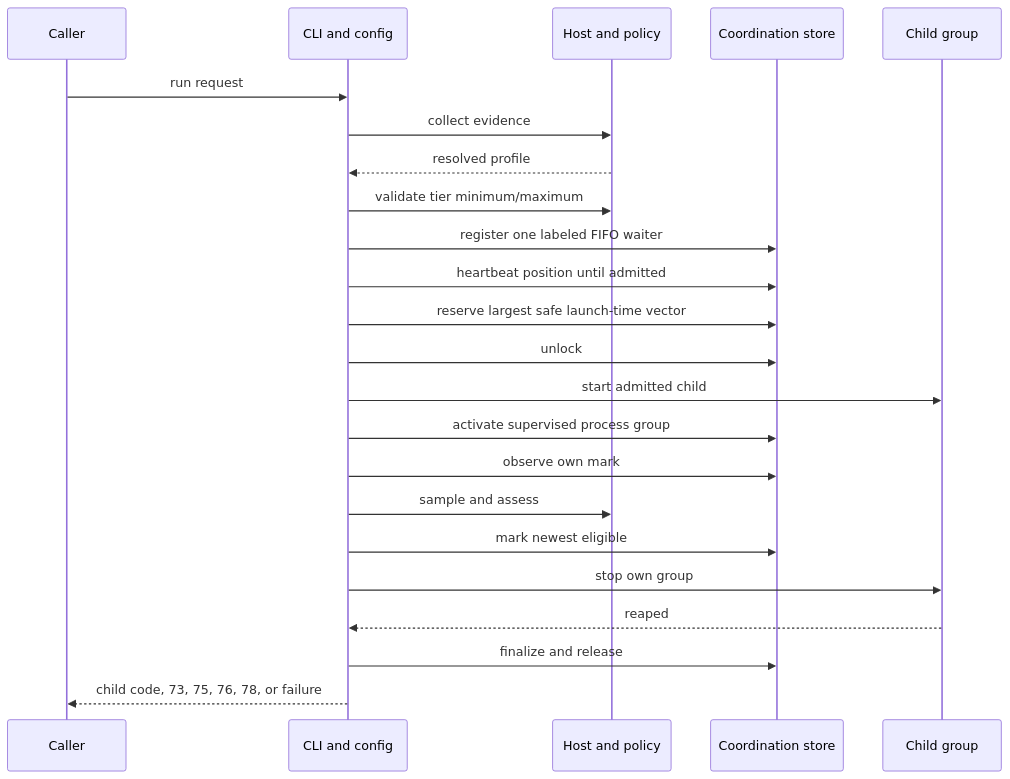
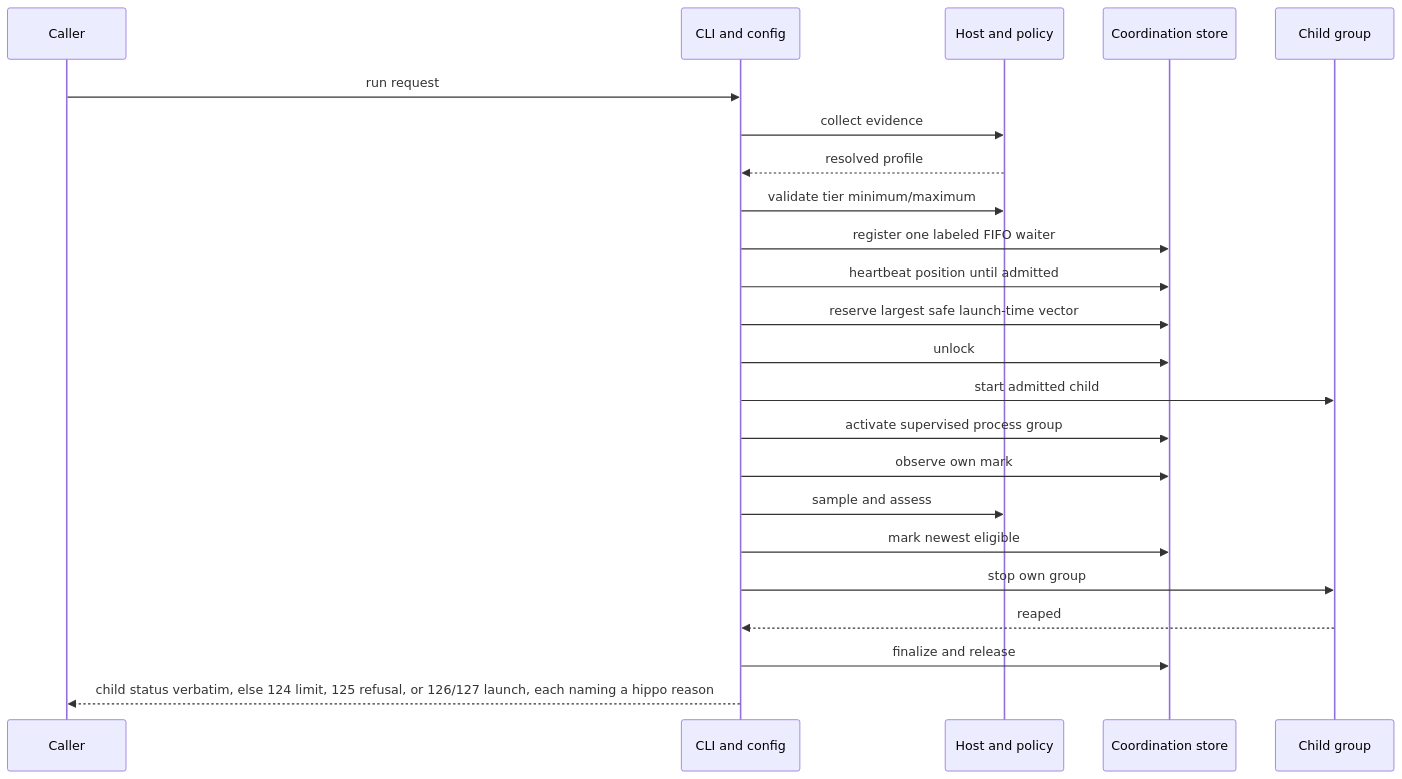
The fourth of 4 diagrams in specs/architecture.md (wahidyankf/hippo), drawn with Mermaid before and after one commit. The commit also changed 7 other files, not shown here.

````diff
--- a/specs/architecture.md
+++ b/specs/architecture.md
@@ -126,26 +126,26 @@
 ```mermaid
 sequenceDiagram
     participant Caller
     participant CLI as CLI and config
     participant Policy as Host and policy
     participant Store as Coordination store
     participant Child as Child group
 
     Caller->>CLI: run request
     CLI->>Policy: collect evidence
     Policy-->>CLI: resolved profile
     CLI->>Policy: validate tier minimum/maximum
     CLI->>Store: register one labeled FIFO waiter
     CLI->>Store: heartbeat position until admitted
     CLI->>Store: reserve largest safe launch-time vector
     CLI->>Store: unlock
     CLI->>Child: start admitted child
     CLI->>Store: activate supervised process group
     CLI->>Store: observe own mark
     CLI->>Policy: sample and assess
     CLI->>Store: mark newest eligible
     CLI->>Child: stop own group
     Child-->>CLI: reaped
     CLI->>Store: finalize and release
-    CLI-->>Caller: child code, 73, 75, 76, 78, or failure
+    CLI-->>Caller: child status verbatim, else 124 limit, 125 refusal, or 126/127 launch, each naming a hippo reason
 ```
````
